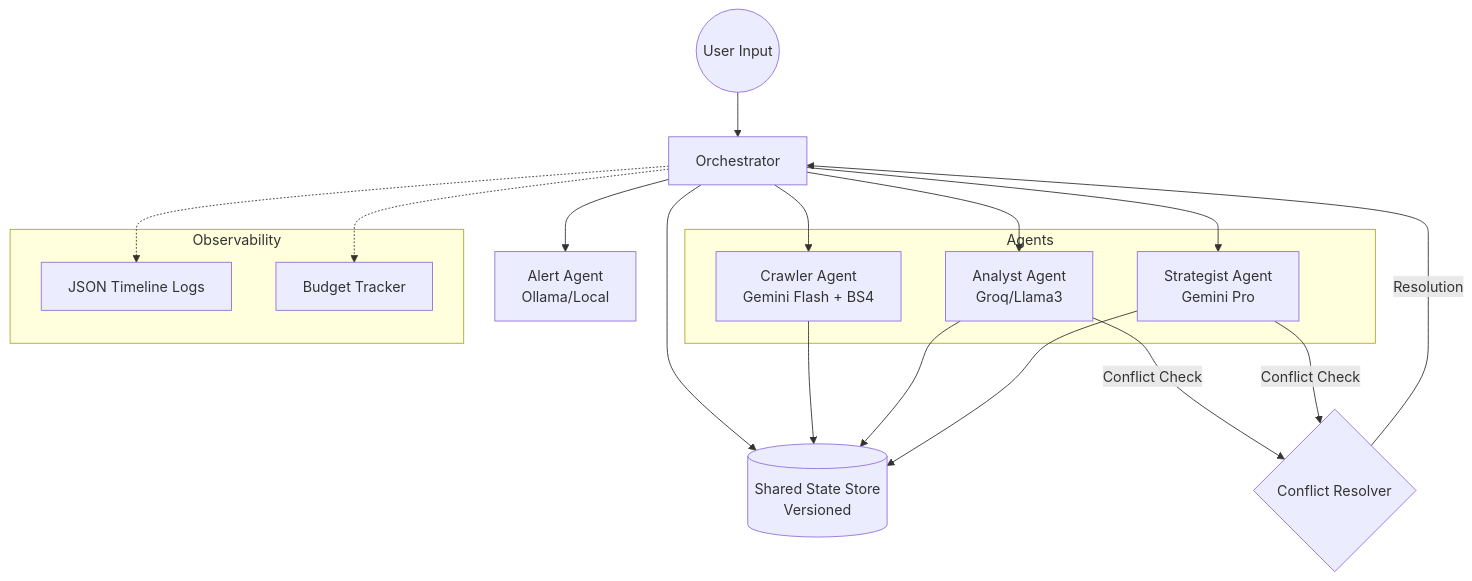
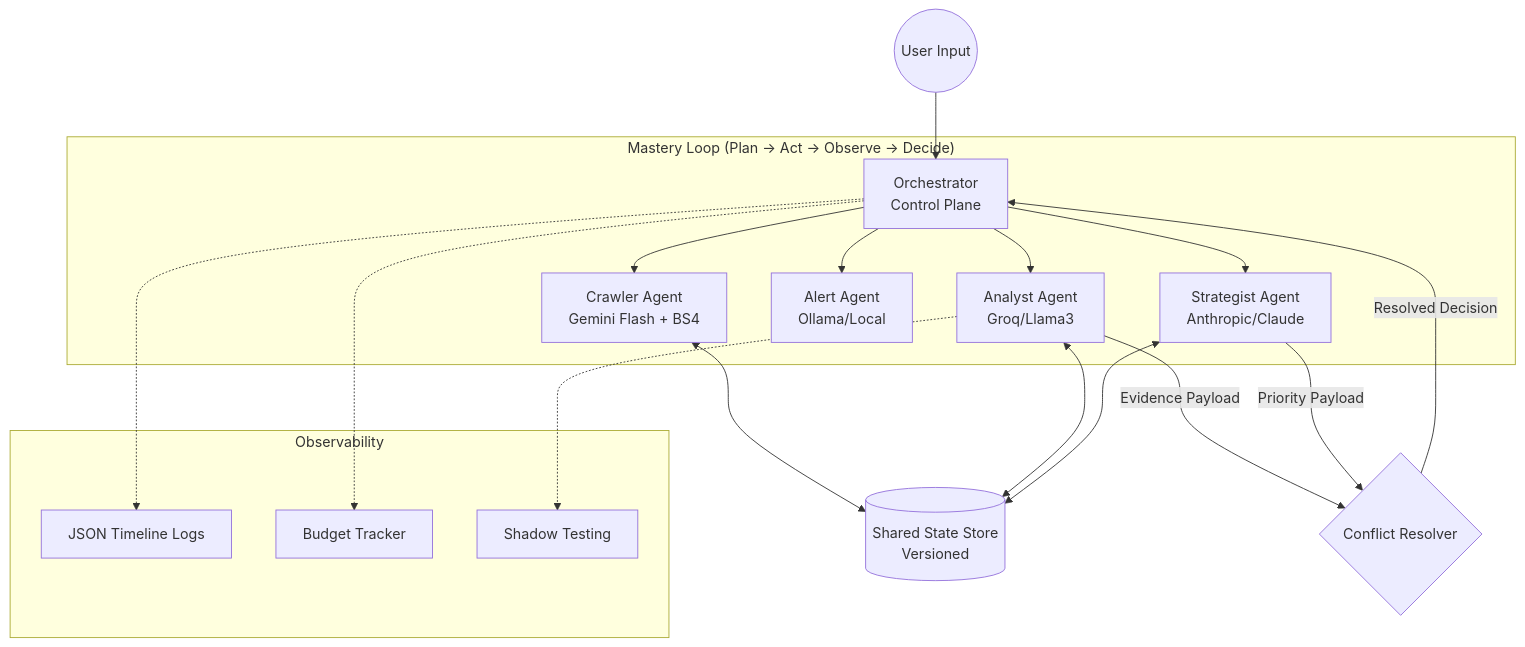
The diagram in README.md (faisalhasan00/Grabon2project6ths), drawn with Mermaid before and after one commit.

Commit message:
docs: Refined architecture diagram to show mastery loop and data flow.

````diff
--- a/README.md
+++ b/README.md
@@ -26,33 +26,30 @@
 ```mermaid
 graph TD
-    User((User Input)) --> Orch[Orchestrator]
-    Orch --> State[(Shared State Store<br/>Versioned)]
+    User((User Input)) --> Orch[Orchestrator<br/>Control Plane]
     
-    subgraph Agents
-        C[Crawler Agent<br/>Gemini Flash + BS4]
-        A[Analyst Agent<br/>Groq/Llama3]
-        S[Strategist Agent<br/>Gemini Pro]
+    subgraph "Mastery Loop (Plan -> Act -> Observe -> Decide)"
+        Orch --> C[Crawler Agent<br/>Gemini Flash + BS4]
+        Orch --> A[Analyst Agent<br/>Groq/Llama3]
+        Orch --> S[Strategist Agent<br/>Anthropic/Claude]
+        Orch --> Alert[Alert Agent<br/>Ollama/Local]
     end
+
+    C <--> State[(Shared State Store<br/>Versioned)]
+    A <--> State
+    S <--> State
     
-    Orch --> C
-    C --> State
-    Orch --> A
-    A --> State
+    A -- "Evidence Payload" --> CR{Conflict Resolver}
+    S -- "Priority Payload" --> CR
     
-    A -- "Conflict Check" --> CR{Conflict Resolver}
-    S -- "Conflict Check" --> CR
-    
-    CR -- "Resolution" --> Orch
-    Orch --> S
-    S --> State
-    
-    Orch --> Alert[Alert Agent<br/>Ollama/Local]
+    CR -- "Resolved Decision" --> Orch
     
     subgraph Observability
         Log[JSON Timeline Logs]
         Budget[Budget Tracker]
+        Shadow[Shadow Testing]
     end
     
     Orch -.-> Log
     Orch -.-> Budget
+    A -.-> Shadow
 ```
````
